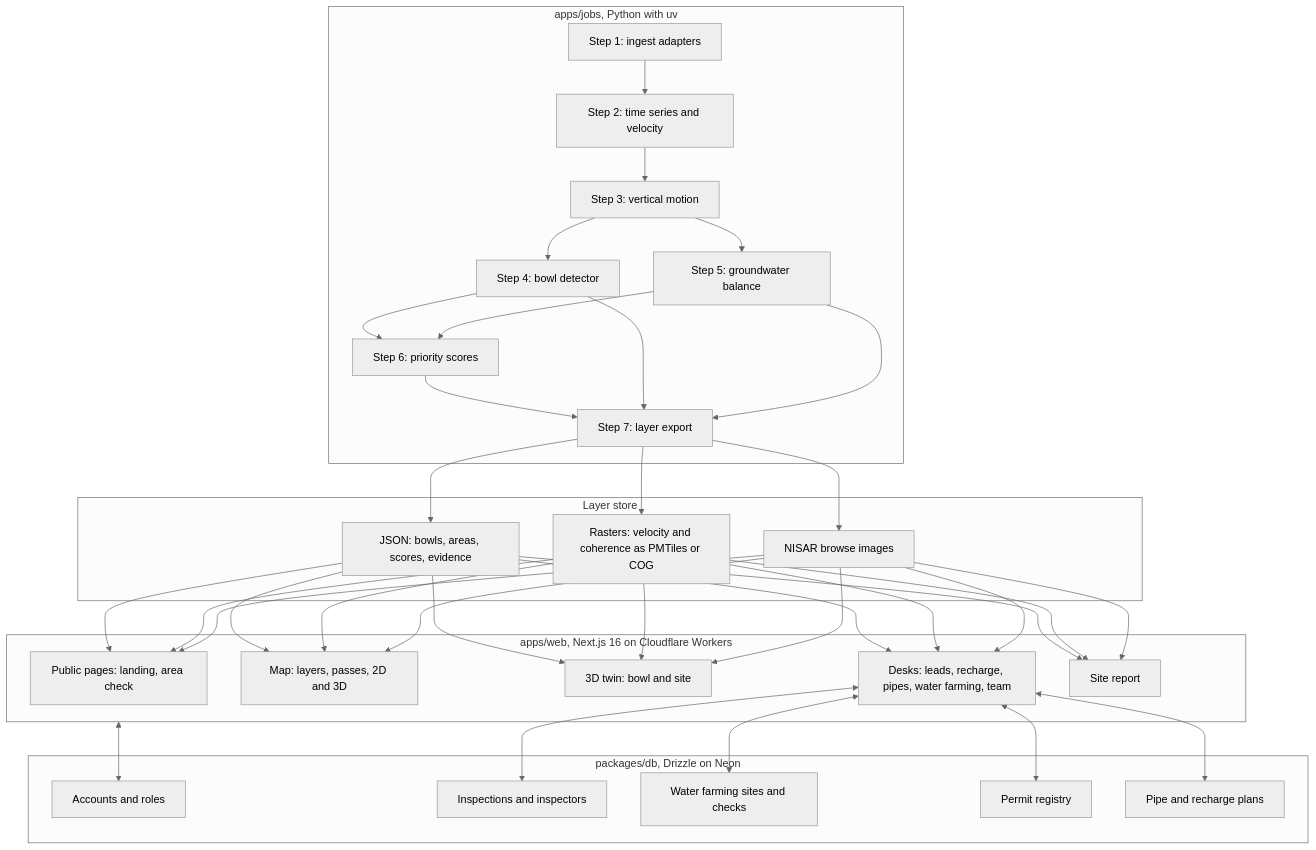
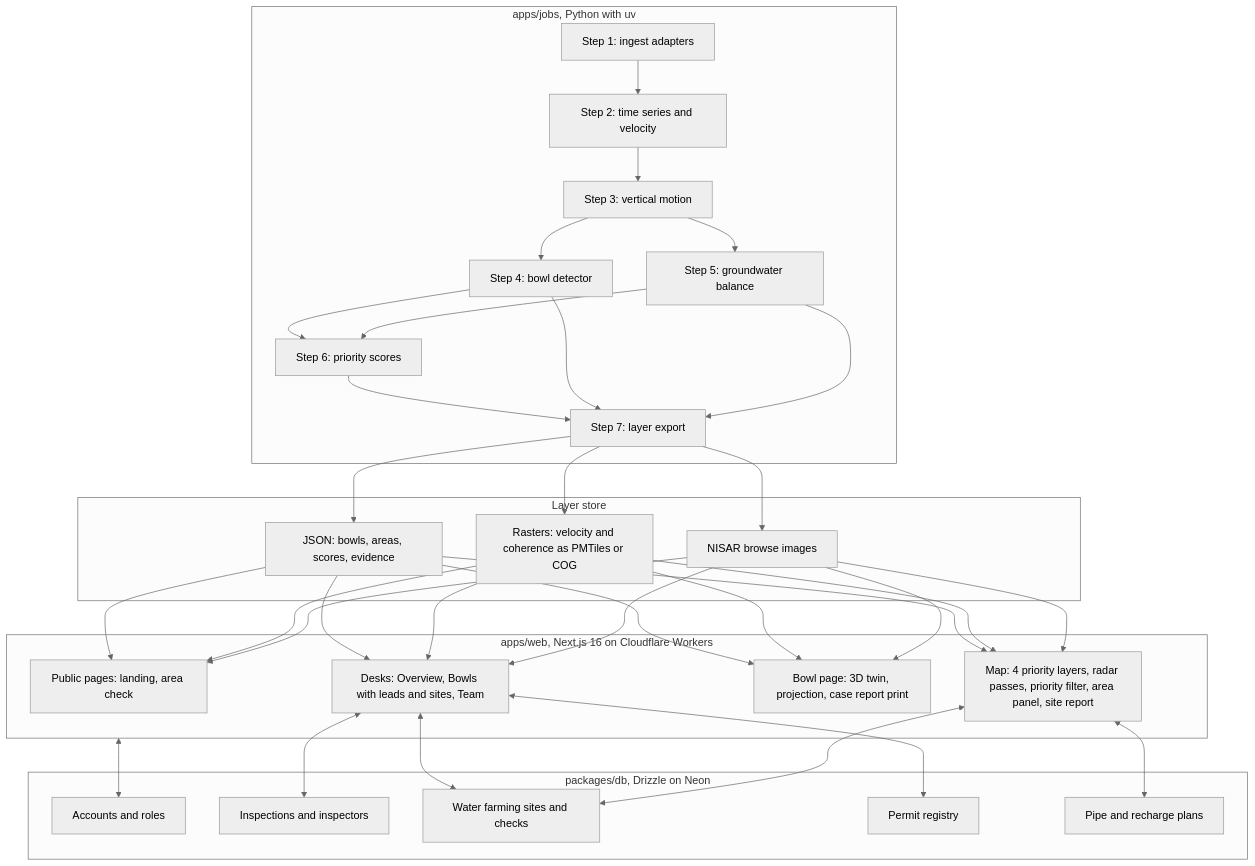
One commit to halmahera-dev/orbitalis changed the second of 3 diagrams in docs/hld-orbitalis.md. Above: the diagram before and after it, drawn with Mermaid (neutral theme). The commit also changed other lines of this file and 2 other files, not shown here.

Commit message:
docs: put the priority layers and filter on the existing map

````diff
--- a/docs/hld-orbitalis.md
+++ b/docs/hld-orbitalis.md
@@ -65,44 +65,44 @@
 ```mermaid
 flowchart TB
     subgraph Jobs[apps/jobs, Python with uv]
         I[Step 1: ingest adapters]
         T[Step 2: time series and velocity]
         V[Step 3: vertical motion]
         B[Step 4: bowl detector]
         GW[Step 5: groundwater balance]
         P[Step 6: priority scores]
         X[Step 7: layer export]
         I --> T --> V --> B --> P
         V --> GW --> P
         P --> X
         B --> X
         GW --> X
     end
 
     subgraph Store[Layer store]
         J[JSON: bowls, areas, scores, evidence]
         R[Rasters: velocity and coherence as PMTiles or COG]
         IMG[NISAR browse images]
     end
 
     subgraph Web[apps/web, Next.js 16 on Cloudflare Workers]
         PUBLIC[Public pages: landing, area check]
-        MAP[Map: layers, passes, 2D and 3D]
-        TWIN[3D twin: bowl and site]
-        DESK[Desks: leads, recharge, pipes, water farming, team]
-        REPORT[Site report]
+        MAP[Map: 4 priority layers, radar passes, priority filter, area panel, site report]
+        TWIN[Bowl page: 3D twin, projection, case report print]
+        DESK[Desks: Overview, Bowls with leads and sites, Team]
     end
 
     subgraph Data[packages/db, Drizzle on Neon]
         AUTH[Accounts and roles]
         CASES[Inspections and inspectors]
         WF[Water farming sites and checks]
         PERM[Permit registry]
         PLAN[Pipe and recharge plans]
     end
 
     X --> J & R & IMG
-    J & R & IMG --> MAP & TWIN & DESK & REPORT & PUBLIC
-    DESK <--> CASES & WF & PERM & PLAN
+    J & R & IMG --> MAP & TWIN & DESK & PUBLIC
+    DESK <--> CASES & WF & PERM
+    MAP <--> WF & PLAN
     Web <--> AUTH
 ```
````
